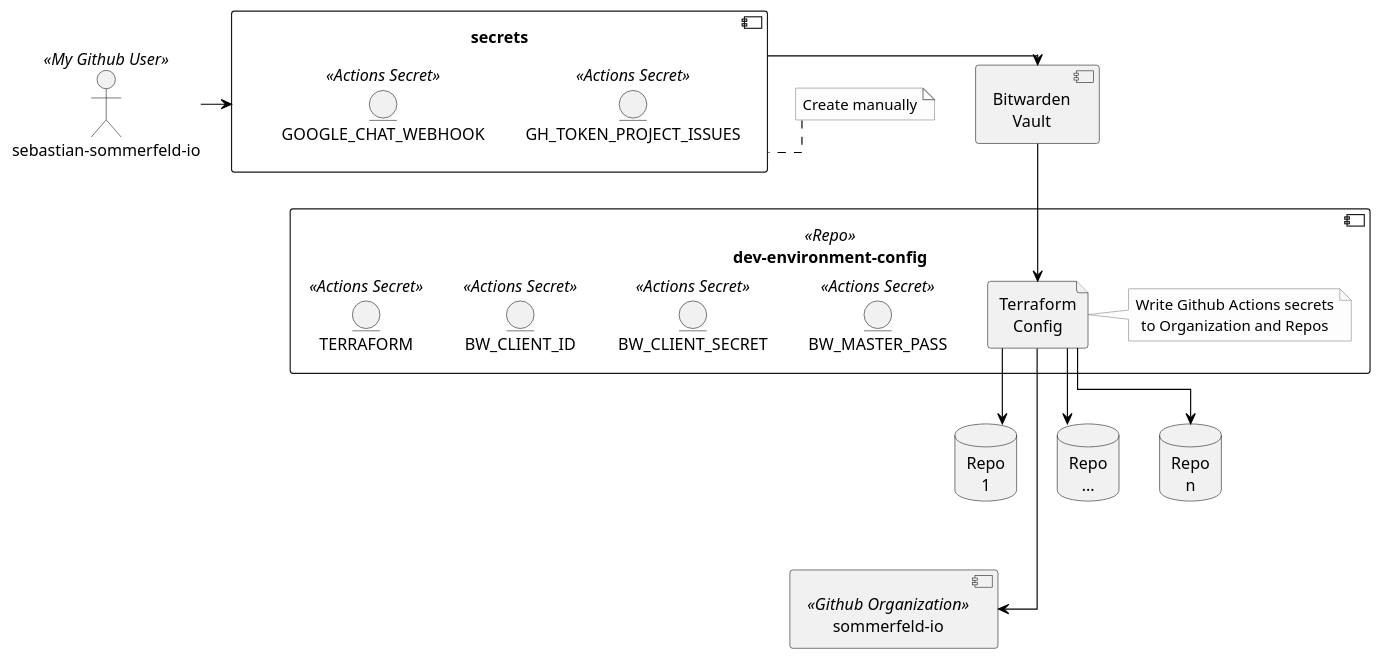
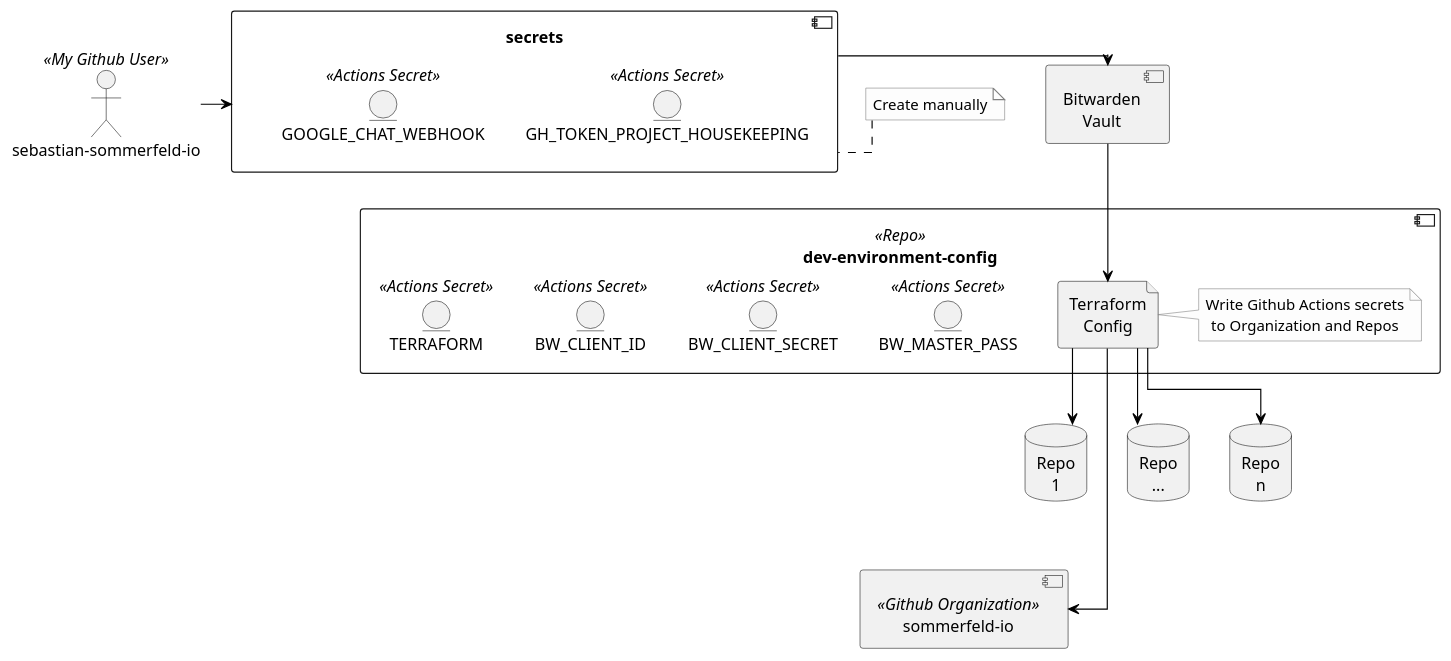
Before and after one commit to sommerfeld-io/dev-environment-config: the diagram in docs/modules/arc42-docs/pages/08-concepts.adoc, drawn with PlantUML. The commit also changed other lines of this file and 2 other files, not shown here.

Commit message:
renamed token

```diff
--- a/docs/modules/arc42-docs/pages/08-concepts.adoc
+++ b/docs/modules/arc42-docs/pages/08-concepts.adoc
@@ -16,54 +16,54 @@
 [plantuml, puml-build-image, svg]
 ----
 @startuml
 
 skinparam linetype ortho
 skinparam monochrome false
 skinparam componentStyle uml2
 skinparam backgroundColor #fff
 skinparam ArrowColor black
 skinparam NoteBorderColor Grey
 skinparam NoteBackgroundColor #fdfdfd
 skinparam defaultTextAlignment center
 skinparam activity {
 FontName Ubuntu
 }
 
 actor me as "sebastian-sommerfeld-io" <<My Github User>>
 component secrets {
-    entity GH_TOKEN_PROJECT_ISSUES <<Actions Secret>>
+    entity GH_TOKEN_PROJECT_HOUSEKEEPING <<Actions Secret>>
     entity GOOGLE_CHAT_WEBHOOK <<Actions Secret>>
 }
 me -right-> secrets
 note left of secrets: Create manually
 
 component vault as "Bitwarden\nVault"
 secrets -> vault
 
 component dev_repo as "dev-environment-config" <<Repo>> {
     file tf as "Terraform\nConfig"
     note right of tf: Write Github Actions secrets\nto Organization and Repos
 
     entity TERRAFORM <<Actions Secret>>    
     entity BW_CLIENT_ID <<Actions Secret>>
     entity BW_CLIENT_SECRET <<Actions Secret>>
     entity BW_MASTER_PASS <<Actions Secret>>
     
     BW_CLIENT_ID -[hidden]right- BW_CLIENT_SECRET
     BW_CLIENT_SECRET -[hidden]right- BW_MASTER_PASS
 }
 
 vault -down-> tf
 
 component org as "sommerfeld-io" <<Github Organization>>
 database r1 as "Repo\n1"
 database r2 as "Repo\n..."
 database r3 as "Repo\nn"
 
 tf -down--> org
 tf -down-> r1
 tf -down-> r2
 tf -down-> r3
 
 @enduml
 ----
```
